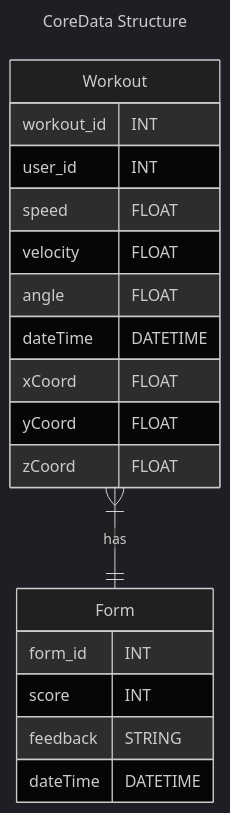
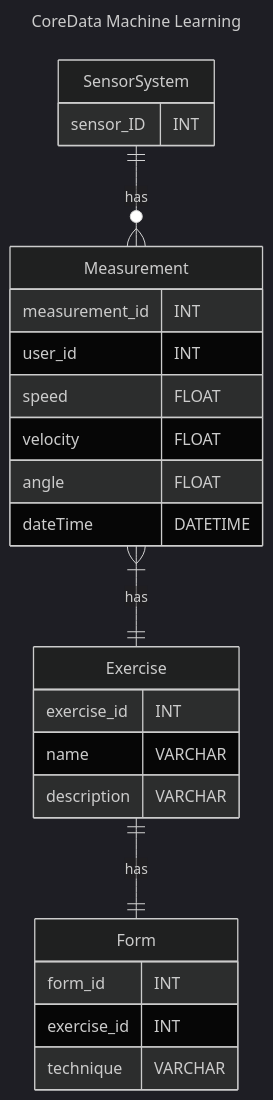
Before and after one commit to Capstone-Projects-2024-Spring/project-smartweights: the fourth of 4 diagrams in documentation/docs/system-architecture/database-diagrams.md, drawn with Mermaid (dark theme). The commit also changed other lines of this file and 107 other files, not shown here.

````diff
--- a/documentation/docs/system-architecture/database-diagrams.md
+++ b/documentation/docs/system-architecture/database-diagrams.md
@@ -141,29 +174,33 @@
 ```mermaid
 ---
-title: CoreData Structure
+title: CoreData Machine Learning 
 ---
 
 erDiagram
-    Workout {
-        workout_id INT
+    SensorSystem{
+        sensor_ID INT
+    }
+    Measurement {
+        measurement_id INT
         user_id INT
         speed FLOAT
         velocity FLOAT
         angle FLOAT
         dateTime DATETIME
-        xCoord FLOAT
-        yCoord FLOAT
-        zCoord FLOAT
+    }
+    Exercise {
+        exercise_id INT
+        name VARCHAR
+        description VARCHAR
     }
     Form {
         form_id INT
-        score INT
-        feedback STRING
-        dateTime DATETIME
+        exercise_id INT
+        technique VARCHAR
     }
-
-    Workout }|--|| Form : has
-
-
+    
+    SensorSystem ||--o{ Measurement: has
+    Measurement }|--|| Exercise : has
+    Exercise ||--|| Form : has
 
 ```
````
